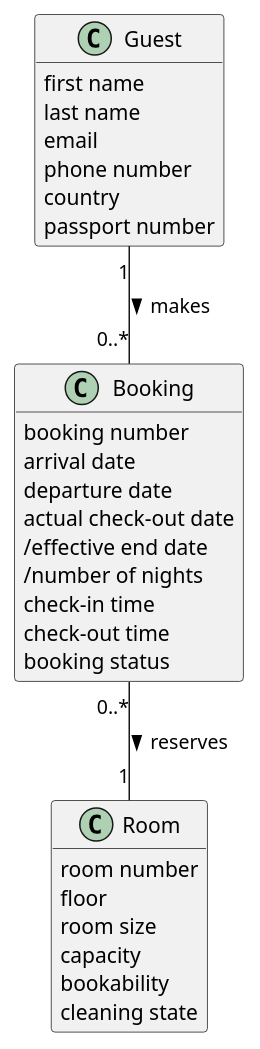
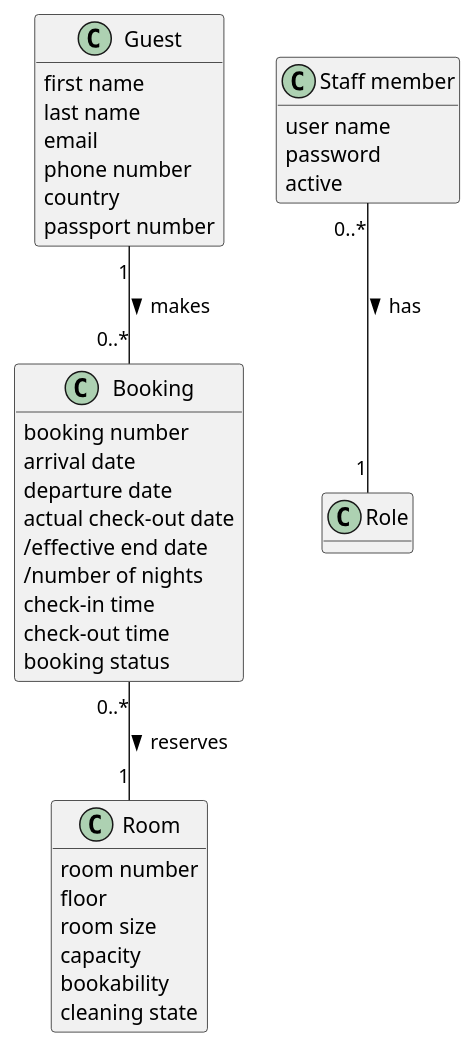
Before and after one commit to NF-Hotel/NFHotel: the diagram in docs/domain-model.md, drawn with PlantUML. The commit also changed other lines of this file and 16 other files, not shown here.

````diff
--- a/docs/domain-model.md
+++ b/docs/domain-model.md
@@ -26,35 +27,42 @@
 ```plantuml
 @startuml
 skinparam classAttributeIconSize 0
 hide methods
 class Booking {
   booking number
   arrival date
   departure date
   actual check-out date
   /effective end date
   /number of nights
   check-in time
   check-out time
   booking status
 }
 class Room {
   room number
   floor
   room size
   capacity
   bookability
   cleaning state
 }
 class Guest {
   first name
   last name
   email
   phone number
   country
   passport number
 }
+class "Staff member" as StaffMember {
+  user name
+  password
+  active
+}
+class Role
 Guest "1" -- "0..*" Booking : makes >
+StaffMember "0..*" -- "1" Role : has >
 Booking "0..*" -- "1" Room : reserves >
 @enduml
 ```
````
